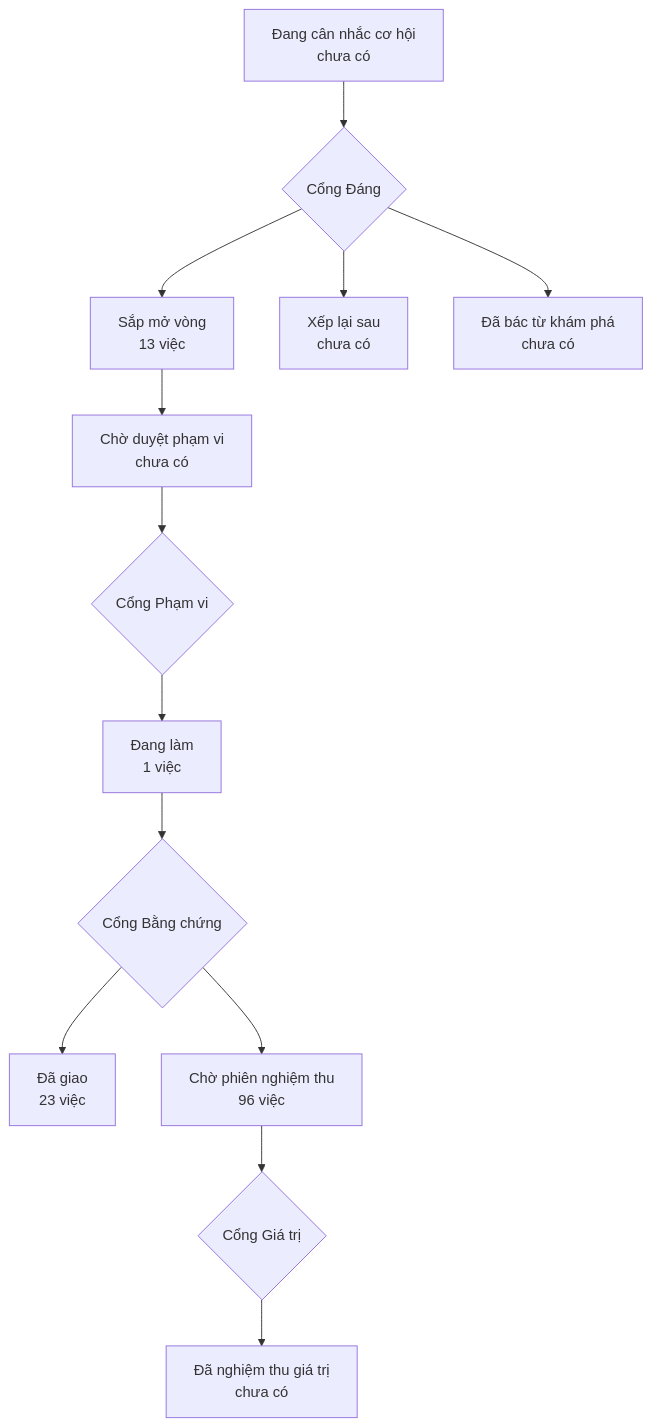
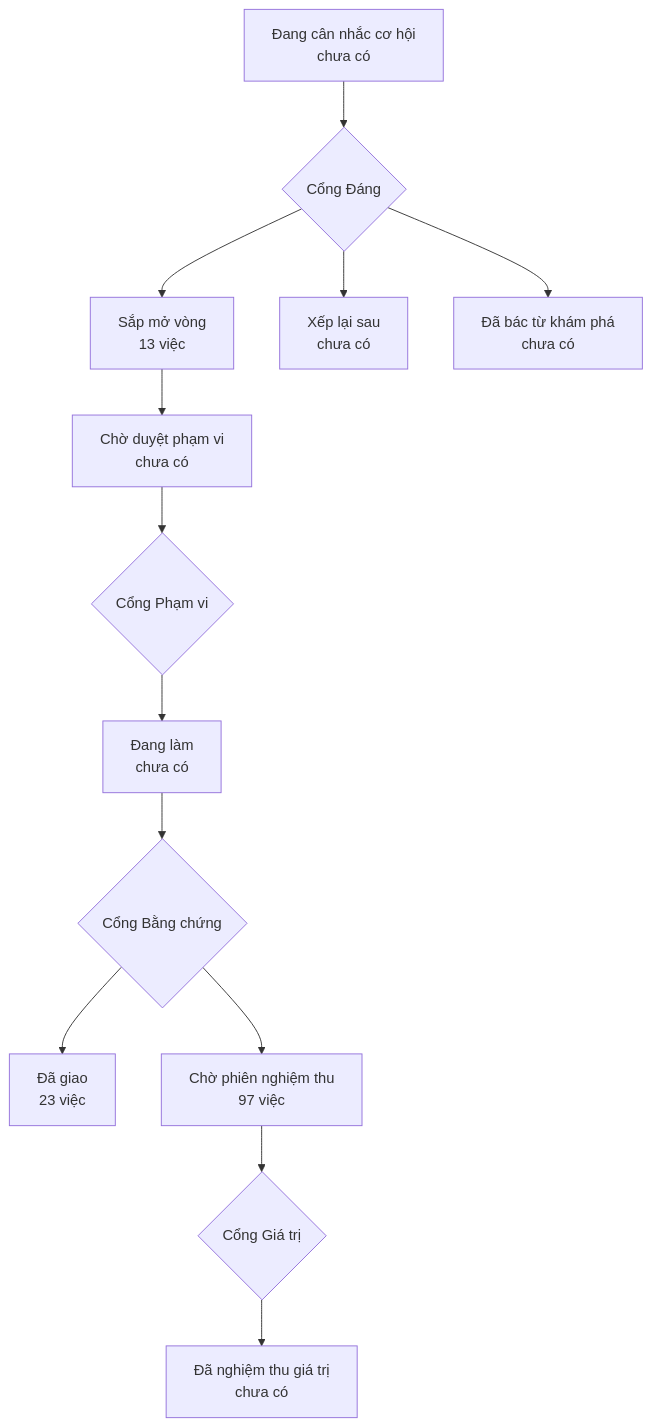
The diagram in PRODUCT-MAP.md (phanlemanh/onehub-quy-hang), drawn with Mermaid before and after one commit. The commit also changed other lines of this file and 4 other files, not shown here.

````diff
--- a/PRODUCT-MAP.md
+++ b/PRODUCT-MAP.md
@@ -7,12 +7,12 @@
 ```mermaid
 flowchart TD
   A["Đang cân nhắc cơ hội<br/>chưa có"] --> GD{"Cổng Đáng"}
   GD --> B["Sắp mở vòng<br/>13 việc"]
   GD --> XL["Xếp lại sau<br/>chưa có"]
   GD --> DB["Đã bác từ khám phá<br/>chưa có"]
   B --> CD["Chờ duyệt phạm vi<br/>chưa có"] --> GP{"Cổng Phạm vi"}
-  GP --> DL["Đang làm<br/>1 việc"] --> GB{"Cổng Bằng chứng"}
+  GP --> DL["Đang làm<br/>chưa có"] --> GB{"Cổng Bằng chứng"}
   GB --> DG["Đã giao<br/>23 việc"]
-  GB --> CN["Chờ phiên nghiệm thu<br/>96 việc"] --> GG{"Cổng Giá trị"}
+  GB --> CN["Chờ phiên nghiệm thu<br/>97 việc"] --> GG{"Cổng Giá trị"}
   GG --> NT["Đã nghiệm thu giá trị<br/>chưa có"]
 ```
````
